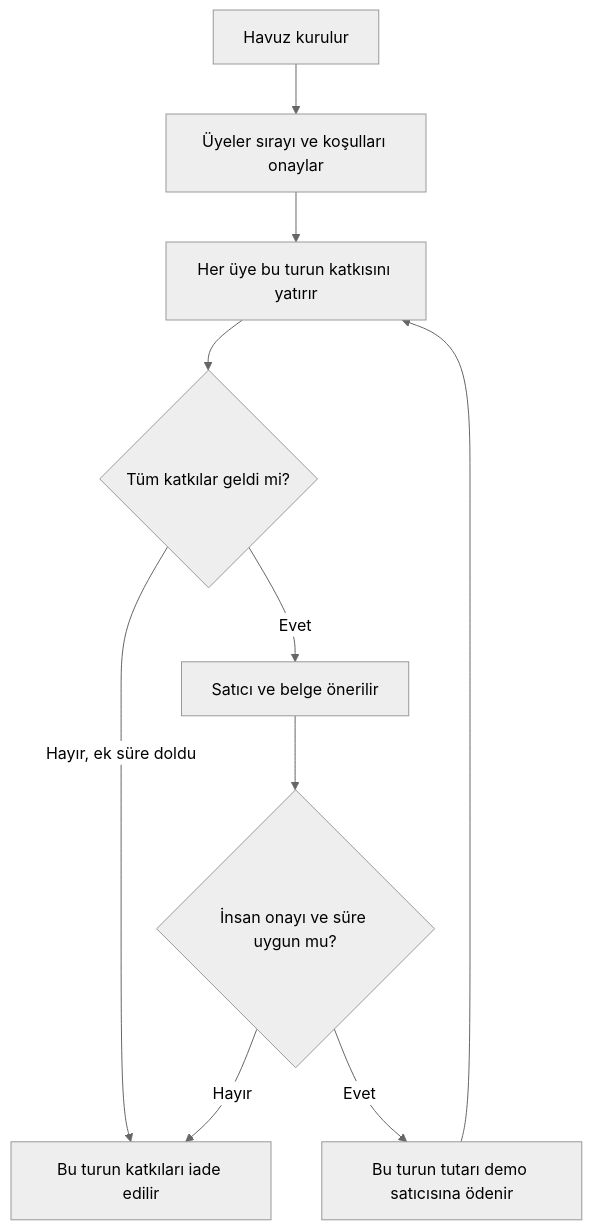
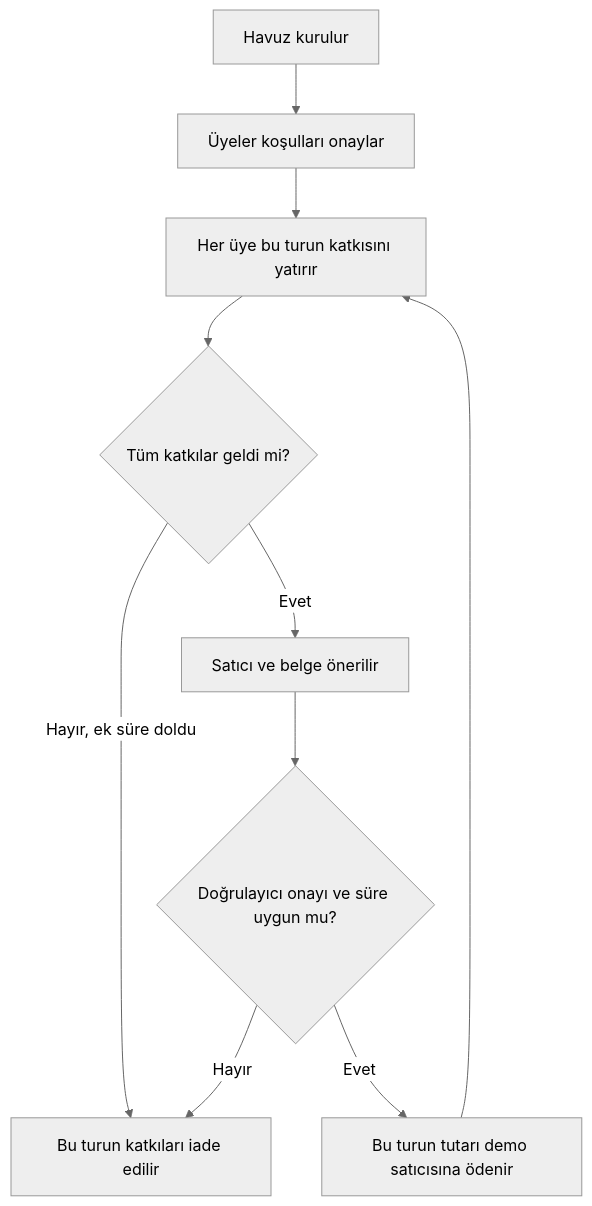
One commit to yusufarslan44/Stellerpool changed the diagram in README.md. Above: the diagram before and after it, drawn with Mermaid (neutral theme). The commit also changed other lines of this file and 20 other files, not shown here.

```diff
--- a/README.md
+++ b/README.md
@@ -30,12 +62,12 @@
 ~~~mermaid
 flowchart TD
-  A[Havuz kurulur] --> B[Üyeler sırayı ve koşulları onaylar]
+  A[Havuz kurulur] --> B[Üyeler koşulları onaylar]
   B --> C[Her üye bu turun katkısını yatırır]
   C --> D{Tüm katkılar geldi mi?}
   D -->|Hayır, ek süre doldu| E[Bu turun katkıları iade edilir]
   D -->|Evet| F[Satıcı ve belge önerilir]
-  F --> G{İnsan onayı ve süre uygun mu?}
+  F --> G{Doğrulayıcı onayı ve süre uygun mu?}
   G -->|Hayır| E
   G -->|Evet| H[Bu turun tutarı demo satıcısına ödenir]
   H --> C
 ~~~
```
